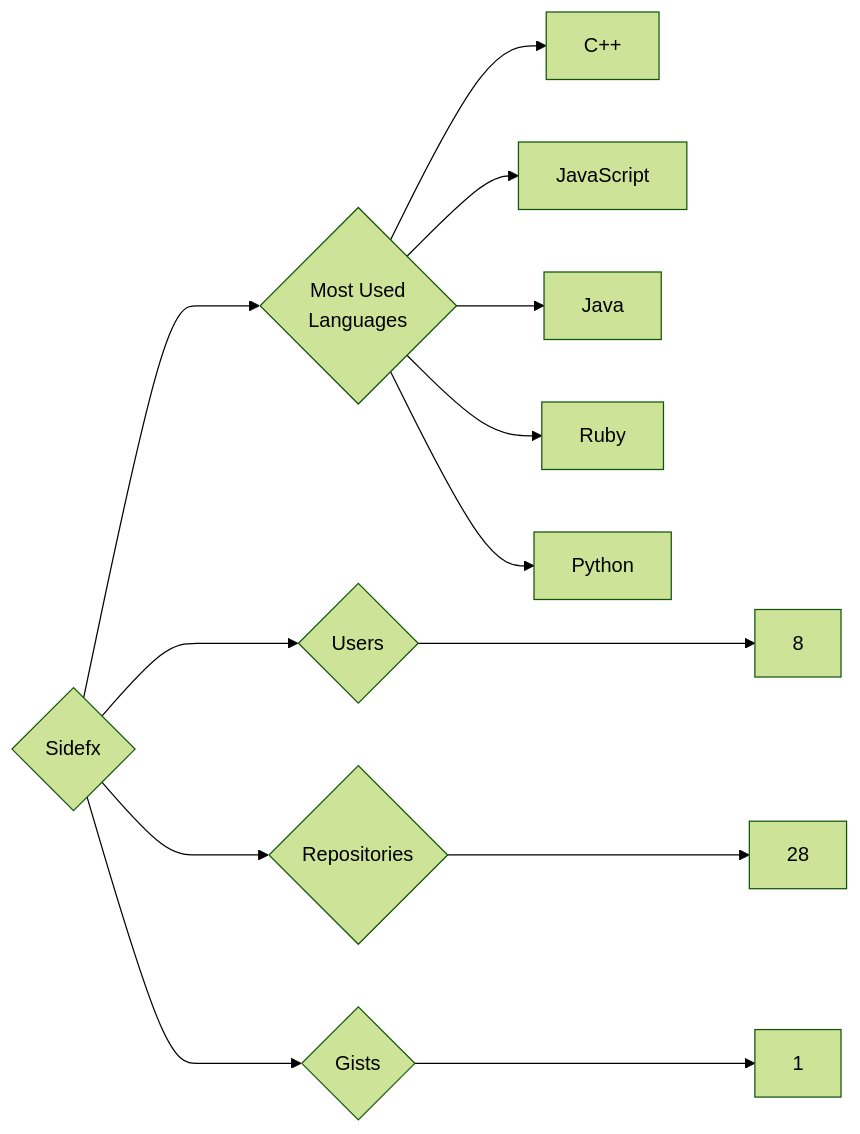
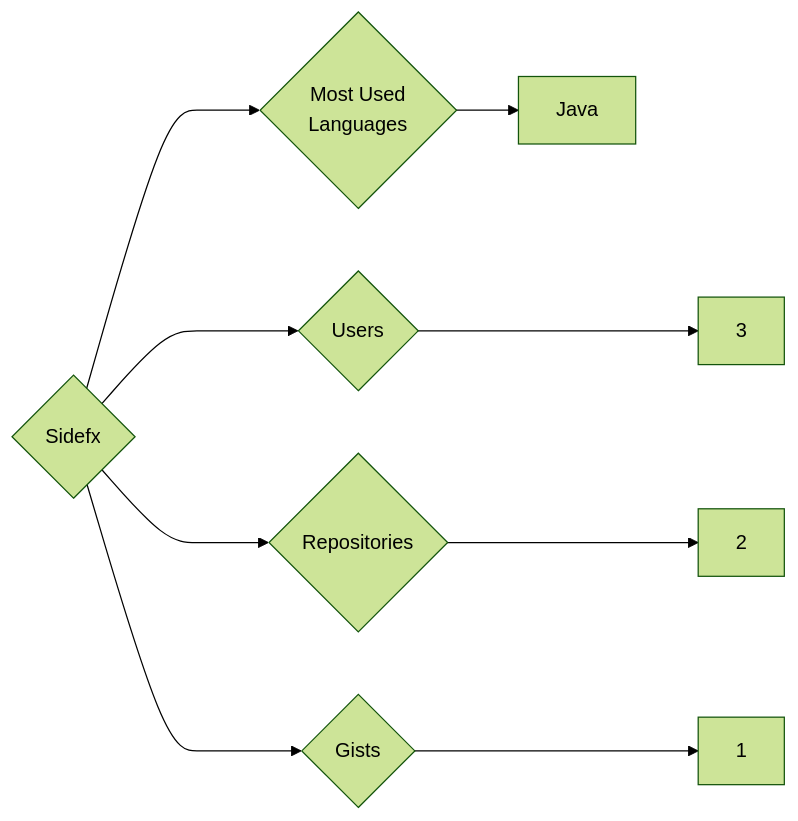
The diagram in targets/Sidefx/README.md (trickest/insiders), drawn with Mermaid (forest theme) before and after one commit. The commit also changed 1248 other files, not shown here.

````diff
--- a/targets/Sidefx/README.md
+++ b/targets/Sidefx/README.md
@@ -3,13 +3,9 @@
 ```mermaid
 graph LR
 COMPANY_NAME{Sidefx}
-COMPANY_NAME ---> U{Users} ---> UN[8]
-COMPANY_NAME ---> R{Repositories} ---> RN[28]
+COMPANY_NAME ---> U{Users} ---> UN[3]
+COMPANY_NAME ---> R{Repositories} ---> RN[2]
 COMPANY_NAME ---> G{Gists} ---> GN[1]
 COMPANY_NAME ---> ML{Most Used<br>Languages}
-ML --> C++[C++]
-ML --> JavaScript[JavaScript]
 ML --> Java[Java]
-ML --> Ruby[Ruby]
-ML --> Python[Python]
 ```
````
